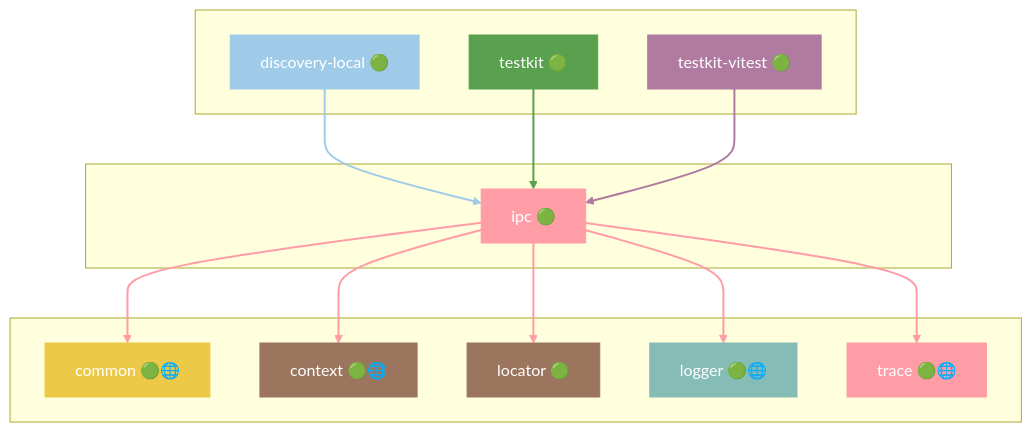
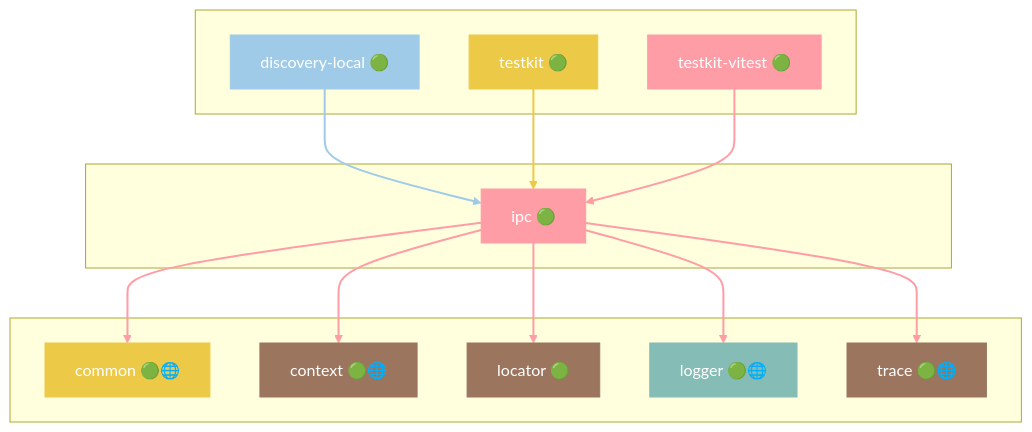
One commit to grest-ts/grest-ts changed diagram 27 of 48 in docs/DEPENDENCIES.md. Above: the diagram before and after it, drawn with Mermaid. The commit also changed other lines of this file and 21 other files, not shown here.

````diff
--- a/docs/DEPENDENCIES.md
+++ b/docs/DEPENDENCIES.md
@@ -1359,43 +1377,43 @@
 ```mermaid
 flowchart TB
     subgraph Dependents[" "]
         discovery-local["discovery-local 🟢"]
         testkit["testkit 🟢"]
         testkit-vitest["testkit-vitest 🟢"]
     end
     subgraph Package[" "]
         ipc["ipc 🟢"]
     end
     subgraph Dependencies[" "]
         common["common 🟢🌐"]
         context["context 🟢🌐"]
         locator["locator 🟢"]
         logger["logger 🟢🌐"]
         trace["trace 🟢🌐"]
     end
     discovery-local --> ipc
     testkit --> ipc
     testkit-vitest --> ipc
     ipc --> common
     ipc --> context
     ipc --> locator
     ipc --> logger
     ipc --> trace
     style ipc fill:#FF9DA7,stroke:#FF9DA7,color:#fff
     style discovery-local fill:#A0CBE8,stroke:#A0CBE8,color:#fff
-    style testkit fill:#59A14F,stroke:#59A14F,color:#fff
-    style testkit-vitest fill:#B07AA1,stroke:#B07AA1,color:#fff
+    style testkit fill:#EDC948,stroke:#EDC948,color:#fff
+    style testkit-vitest fill:#FF9DA7,stroke:#FF9DA7,color:#fff
     style common fill:#EDC948,stroke:#EDC948,color:#fff
     style context fill:#9C755F,stroke:#9C755F,color:#fff
     style locator fill:#9C755F,stroke:#9C755F,color:#fff
     style logger fill:#86BCB6,stroke:#86BCB6,color:#fff
-    style trace fill:#FF9DA7,stroke:#FF9DA7,color:#fff
+    style trace fill:#9C755F,stroke:#9C755F,color:#fff
     linkStyle 0 stroke:#A0CBE8,stroke-width:2px
-    linkStyle 1 stroke:#59A14F,stroke-width:2px
-    linkStyle 2 stroke:#B07AA1,stroke-width:2px
+    linkStyle 1 stroke:#EDC948,stroke-width:2px
+    linkStyle 2 stroke:#FF9DA7,stroke-width:2px
     linkStyle 3 stroke:#FF9DA7,stroke-width:2px
     linkStyle 4 stroke:#FF9DA7,stroke-width:2px
     linkStyle 5 stroke:#FF9DA7,stroke-width:2px
     linkStyle 6 stroke:#FF9DA7,stroke-width:2px
     linkStyle 7 stroke:#FF9DA7,stroke-width:2px
 ```
````
